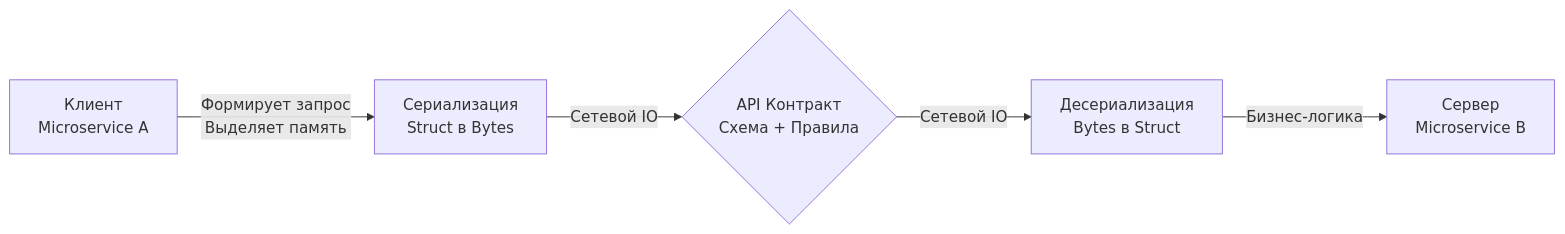
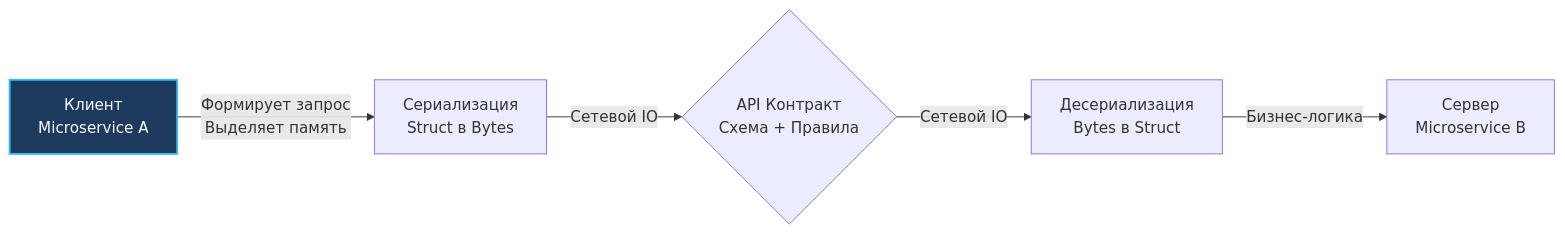
Before and after one commit to UnrealTemplier/go-textbook: the diagram in sources/10. Проектирование API и Сетевые протоколы/2. Что такое API и контракт.md, drawn with Mermaid. The commit also changed 1666 other files, not shown here.

First line of the commit message:
feat(mermaid): add semantic color classDef to 1369 colorless flowchart/graph diagrams

````diff
--- a/sources/10. Проектирование API и Сетевые протоколы/2. Что такое API и контракт.md
+++ b/sources/10. Проектирование API и Сетевые протоколы/2. Что такое API и контракт.md
@@ -26,7 +26,17 @@
 ```mermaid
 flowchart LR
-    Client["Клиент<br>Microservice A"] -->|"Формирует запрос<br>Выделяет память"| Serialize["Сериализация<br>Struct в Bytes"]
+    classDef process  fill:#1e293b,stroke:#38bdf8,stroke-width:1px,color:#f8fafc
+    classDef success  fill:#064e3b,stroke:#34d399,stroke-width:1px,color:#f8fafc
+    classDef error    fill:#7f1d1d,stroke:#f87171,stroke-width:1px,color:#f8fafc
+    classDef warning  fill:#78350f,stroke:#fbbf24,stroke-width:1px,color:#f8fafc
+    classDef entry    fill:#1e3a5f,stroke:#38bdf8,stroke-width:2px,color:#f8fafc
+    classDef aux      fill:#334155,stroke:#64748b,stroke-width:1px,color:#f8fafc
+    classDef system   fill:#312e81,stroke:#a78bfa,stroke-width:1px,color:#f8fafc
+    classDef data     fill:#132d29,stroke:#2dd4bf,stroke-width:1px,color:#f8fafc
+    classDef network  fill:#881337,stroke:#fb7185,stroke-width:1px,color:#f8fafc
+    classDef accent   fill:#1e1b4b,stroke:#818cf8,stroke-width:1px,color:#f8fafc
+    Client["Клиент<br>Microservice A"]:::entry -->|"Формирует запрос<br>Выделяет память"| Serialize["Сериализация<br>Struct в Bytes"]
     Serialize -->|"Сетевой IO"| ContractBoundary{"API Контракт<br>Схема + Правила"}
     ContractBoundary -->|"Сетевой IO"| Deserialize["Десериализация<br>Bytes в Struct"]
     Deserialize -->|"Бизнес-логика"| Server["Сервер<br>Microservice B"]
 ```
````
